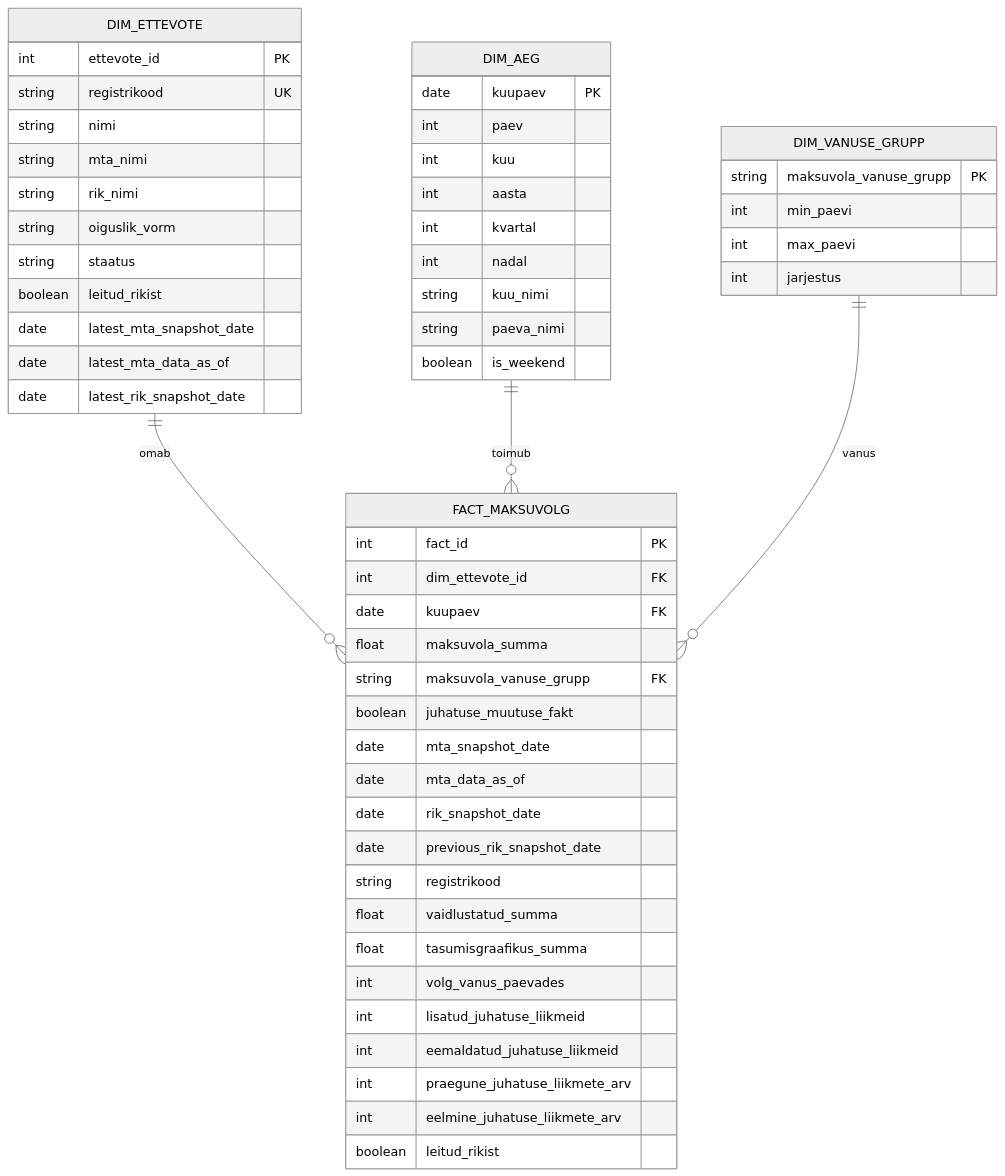
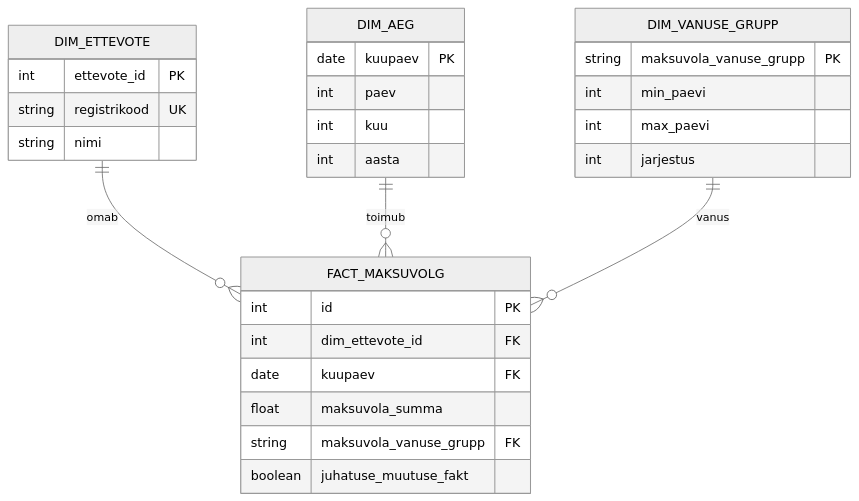
Before and after one commit to KulliPeed/Projektitoo_MREV: the diagram in docs/README1.md, drawn with Mermaid (neutral theme). The commit also changed other lines of this file and 4 other files, not shown here.

````diff
--- a/docs/README1.md
+++ b/docs/README1.md
@@ -30,61 +35,35 @@
 ```mermaid
 erDiagram
     DIM_ETTEVOTE ||--o{ FACT_MAKSUVOLG : "omab"
     DIM_AEG ||--o{ FACT_MAKSUVOLG : "toimub"
     DIM_VANUSE_GRUPP ||--o{ FACT_MAKSUVOLG : "vanus"
 
+    DIM_ETTEVOTE {
+        int ettevote_id PK
+        string registrikood UK
+        string nimi
+    }
+
     DIM_AEG {
         date kuupaev PK
         int paev
         int kuu
         int aasta
-        int kvartal
-        int nadal
-        string kuu_nimi
-        string paeva_nimi
-        boolean is_weekend
-    }
-
-    DIM_ETTEVOTE {
-        int ettevote_id PK
-        string registrikood UK
-        string nimi
-        string mta_nimi
-        string rik_nimi
-        string oiguslik_vorm
-        string staatus
-        boolean leitud_rikist
-        date latest_mta_snapshot_date
-        date latest_mta_data_as_of
-        date latest_rik_snapshot_date
-    }
-
-    FACT_MAKSUVOLG {
-        int fact_id PK
-        int dim_ettevote_id FK
-        date kuupaev FK
-        float maksuvola_summa
-        string maksuvola_vanuse_grupp FK
-        boolean juhatuse_muutuse_fakt
-        date mta_snapshot_date
-        date mta_data_as_of
-        date rik_snapshot_date
-        date previous_rik_snapshot_date
-        string registrikood
-        float vaidlustatud_summa
-        float tasumisgraafikus_summa
-        int volg_vanus_paevades
-        int lisatud_juhatuse_liikmeid
-        int eemaldatud_juhatuse_liikmeid
-        int praegune_juhatuse_liikmete_arv
-        int eelmine_juhatuse_liikmete_arv
-        boolean leitud_rikist
     }
 
     DIM_VANUSE_GRUPP {
         string maksuvola_vanuse_grupp PK
         int min_paevi
         int max_paevi
         int jarjestus
     }
+
+    FACT_MAKSUVOLG {
+        int id PK
+        int dim_ettevote_id FK
+        date kuupaev FK
+        float maksuvola_summa
+        string maksuvola_vanuse_grupp FK
+        boolean juhatuse_muutuse_fakt
+    }
 ```
````
